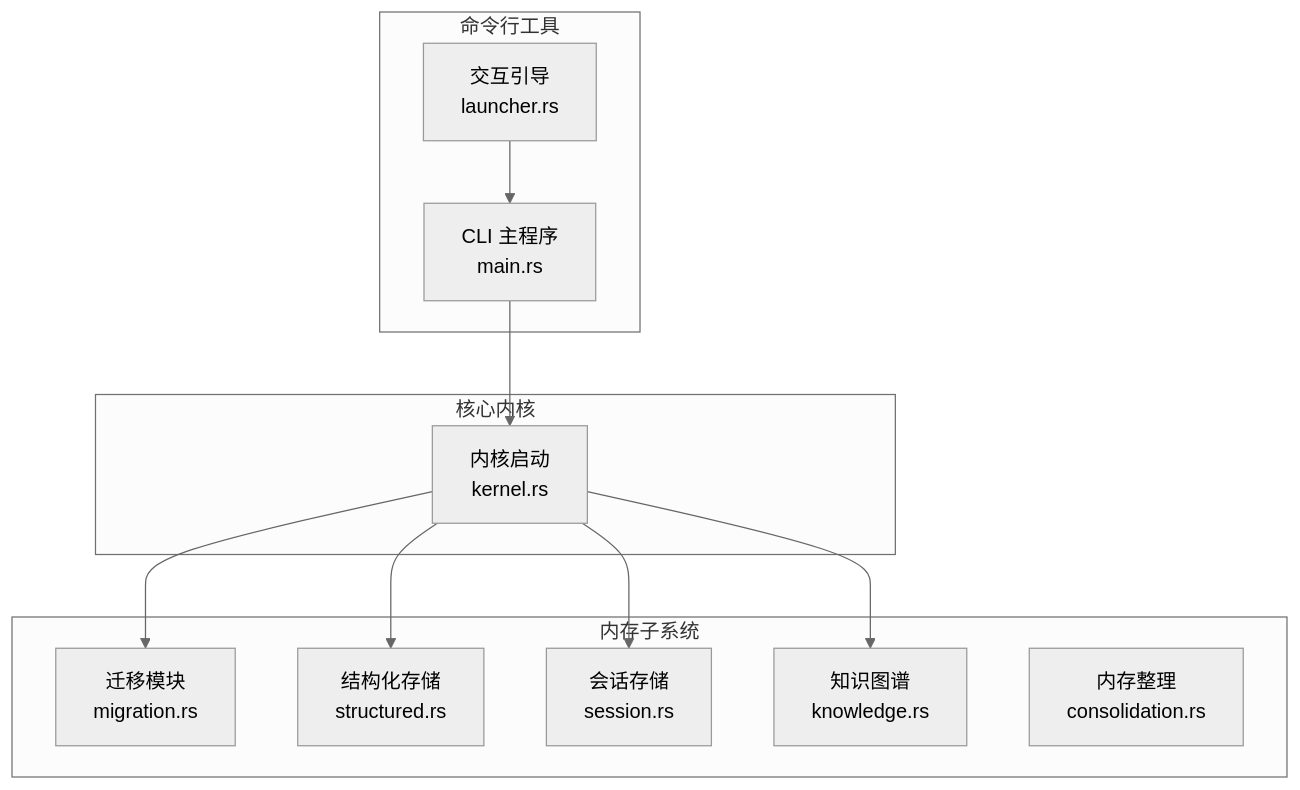
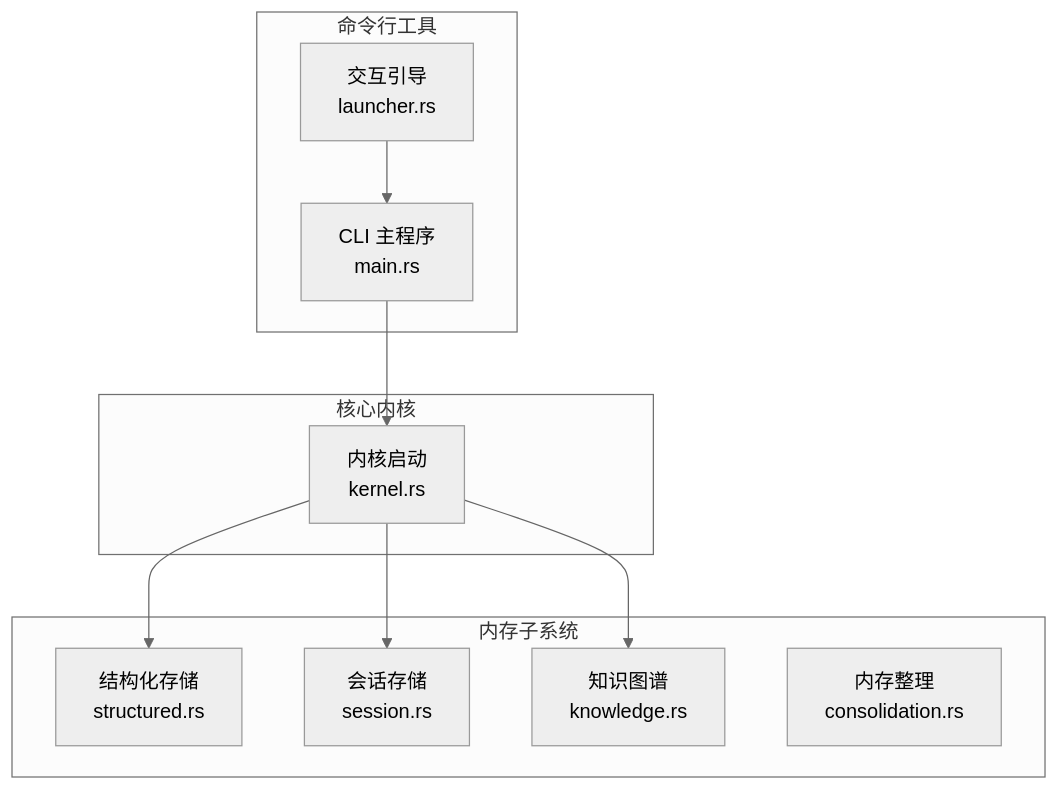
One commit to hexiaowen-bot/openfang changed the first of 5 diagrams in .qoder/repowiki/zh/content/核心模块详解/内存子系统 (openfang-memory)/迁移系统.md. Above: the diagram before and after it, drawn with Mermaid (neutral theme). The commit also changed other lines of this file and 31 other files, not shown here.

````diff
--- a/.qoder/repowiki/zh/content/核心模块详解/内存子系统 (openfang-memory)/迁移系统.md
+++ b/.qoder/repowiki/zh/content/核心模块详解/内存子系统 (openfang-memory)/迁移系统.md
@@ -39,23 +51,21 @@
 ```mermaid
 graph TB
 subgraph "内存子系统"
-MIG["迁移模块<br/>migration.rs"]
 STR["结构化存储<br/>structured.rs"]
 SES["会话存储<br/>session.rs"]
 KGE["知识图谱<br/>knowledge.rs"]
 CON["内存整理<br/>consolidation.rs"]
 end
 subgraph "核心内核"
 KRN["内核启动<br/>kernel.rs"]
 end
 subgraph "命令行工具"
 CLI["CLI 主程序<br/>main.rs"]
 LCH["交互引导<br/>launcher.rs"]
 end
-KRN --> MIG
 KRN --> STR
 KRN --> SES
 KRN --> KGE
 CLI --> KRN
 LCH --> CLI
 ```
````
